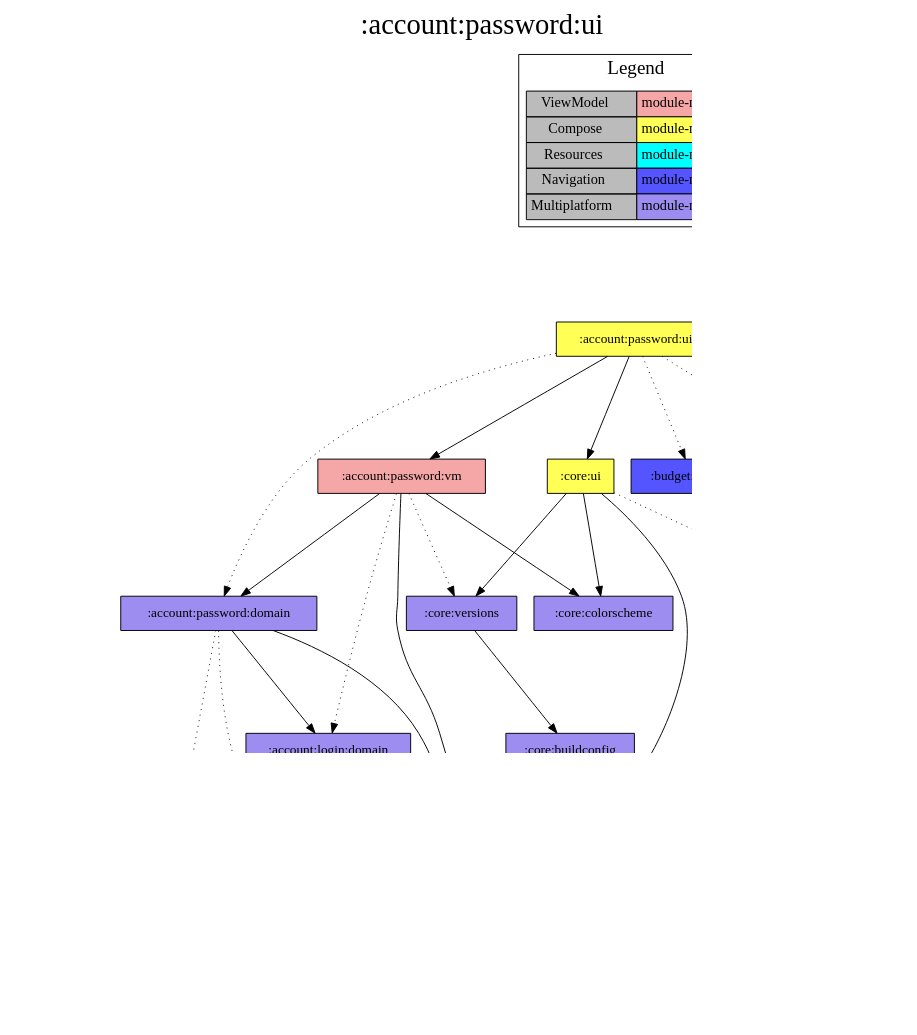
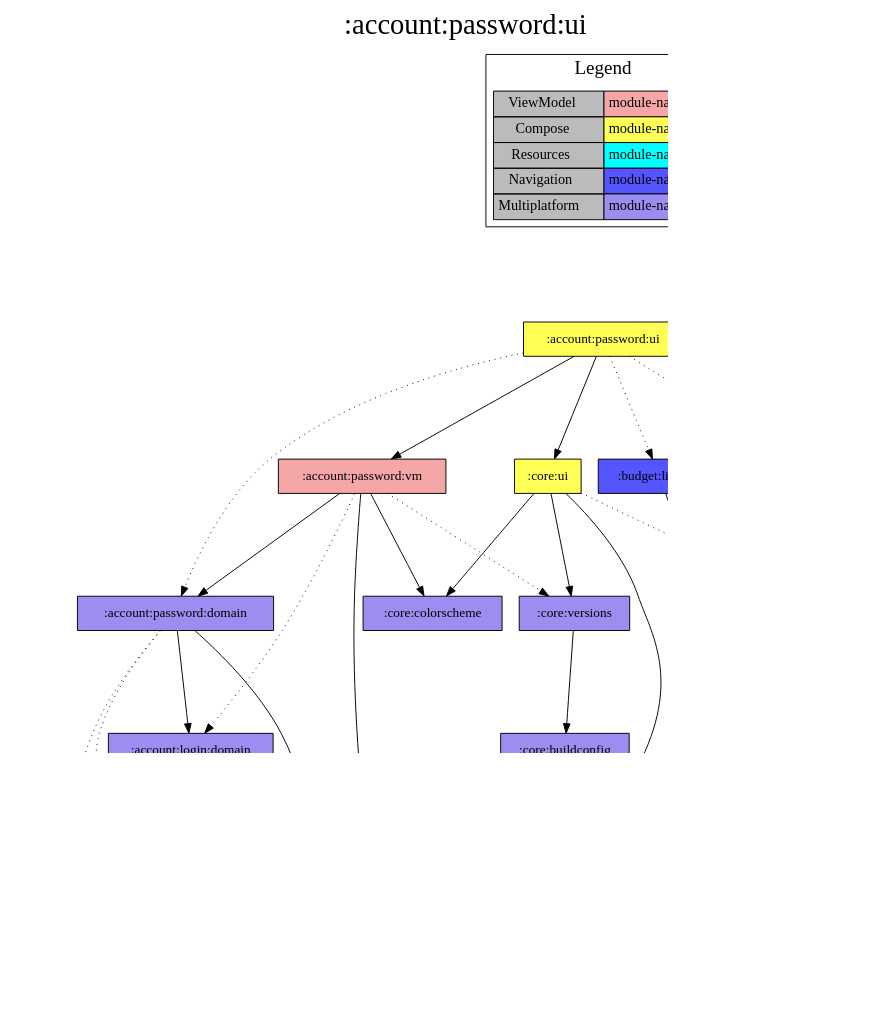
The diagram in modules/account/password/ui/project-dependency-graph.dot (jonapoul/aktual), drawn with Graphviz before and after one commit. The commit also changed 61 other files, not shown here.

```diff
--- a/modules/account/password/ui/project-dependency-graph.dot
+++ b/modules/account/password/ui/project-dependency-graph.dot
@@ -1,68 +1,66 @@
 digraph {
 edge ["dir"="forward"]
 graph ["dpi"="100","label"=":account:password:ui","labelloc"="t","fontsize"="30","ranksep"="1.5","rankdir"="TB"]
 node ["style"="filled"]
 ":account:login:domain" ["fillcolor"="#9D8DF1","shape"="box"]
-":account:login:prefs" ["fillcolor"="#9D8DF1","shape"="box"]
 ":account:model" ["fillcolor"="#9D8DF1","shape"="box"]
 ":account:password:domain" ["fillcolor"="#9D8DF1","shape"="box"]
 ":account:password:res" ["fillcolor"="#00FFFF","shape"="box"]
 ":account:password:ui" ["fillcolor"="#FFFF55","shape"="box"]
 ":account:password:vm" ["fillcolor"="#F5A6A6","shape"="box"]
 ":api:actual" ["fillcolor"="#9D8DF1","shape"="box"]
 ":api:core" ["fillcolor"="#9D8DF1","shape"="box"]
 ":budget:list:nav" ["fillcolor"="#5555FF","shape"="box"]
 ":budget:model" ["fillcolor"="#9D8DF1","shape"="box"]
 ":core:buildconfig" ["fillcolor"="#9D8DF1","shape"="box"]
 ":core:colorscheme" ["fillcolor"="#9D8DF1","shape"="box"]
 ":core:res" ["fillcolor"="#00FFFF","shape"="box"]
 ":core:ui" ["fillcolor"="#FFFF55","shape"="box"]
 ":core:versions" ["fillcolor"="#9D8DF1","shape"="box"]
 ":url:model" ["fillcolor"="#9D8DF1","shape"="box"]
 {
 edge ["dir"="none"]
 graph ["rank"="same"]
 }
-":account:login:domain" -> ":account:login:prefs" ["style"="dotted"]
 ":account:login:domain" -> ":account:model"
 ":account:login:domain" -> ":api:actual" ["style"="dotted"]
-":account:login:prefs" -> ":account:model"
+":account:login:domain" -> ":api:core" ["style"="dotted"]
 ":account:password:domain" -> ":account:login:domain"
-":account:password:domain" -> ":account:login:prefs" ["style"="dotted"]
 ":account:password:domain" -> ":account:model"
 ":account:password:domain" -> ":api:actual" ["style"="dotted"]
+":account:password:domain" -> ":api:core" ["style"="dotted"]
 ":account:password:ui" -> ":account:password:domain" ["style"="dotted"]
 ":account:password:ui" -> ":account:password:res" ["style"="dotted"]
 ":account:password:ui" -> ":account:password:vm"
 ":account:password:ui" -> ":budget:list:nav" ["style"="dotted"]
 ":account:password:ui" -> ":core:res" ["style"="dotted"]
 ":account:password:ui" -> ":core:ui"
 ":account:password:vm" -> ":account:login:domain" ["style"="dotted"]
 ":account:password:vm" -> ":account:model"
 ":account:password:vm" -> ":account:password:domain"
 ":account:password:vm" -> ":core:colorscheme"
 ":account:password:vm" -> ":core:versions" ["style"="dotted"]
 ":api:actual" -> ":account:model"
-":api:actual" -> ":api:core"
+":api:actual" -> ":api:core" ["style"="dotted"]
 ":api:actual" -> ":budget:model"
 ":api:actual" -> ":url:model"
 ":budget:list:nav" -> ":account:model"
 ":core:ui" -> ":core:colorscheme"
 ":core:ui" -> ":core:res" ["style"="dotted"]
 ":core:ui" -> ":core:versions"
 ":core:ui" -> ":url:model"
 ":core:versions" -> ":core:buildconfig"
 subgraph "cluster_legend" {
 edge ["dir"="none"]
 graph ["label"="Legend","fontsize"="20"]
 "Legend" ["style"="filled","fillcolor"="#bbbbbb","shape"="none","margin"="0","fontsize"="15","label"=<
 <TABLE BORDER="0" CELLBORDER="1" CELLSPACING="0" CELLPADDING="4">
 <TR><TD>ViewModel</TD><TD BGCOLOR="#F5A6A6">module-name</TD></TR>
 <TR><TD>Compose</TD><TD BGCOLOR="#FFFF55">module-name</TD></TR>
 <TR><TD>Resources</TD><TD BGCOLOR="#00FFFF">module-name</TD></TR>
 <TR><TD>Navigation</TD><TD BGCOLOR="#5555FF">module-name</TD></TR>
 <TR><TD>Multiplatform</TD><TD BGCOLOR="#9D8DF1">module-name</TD></TR>
 </TABLE>
 >]
 } -> ":account:password:ui" ["style"="invis"]
 }
```
